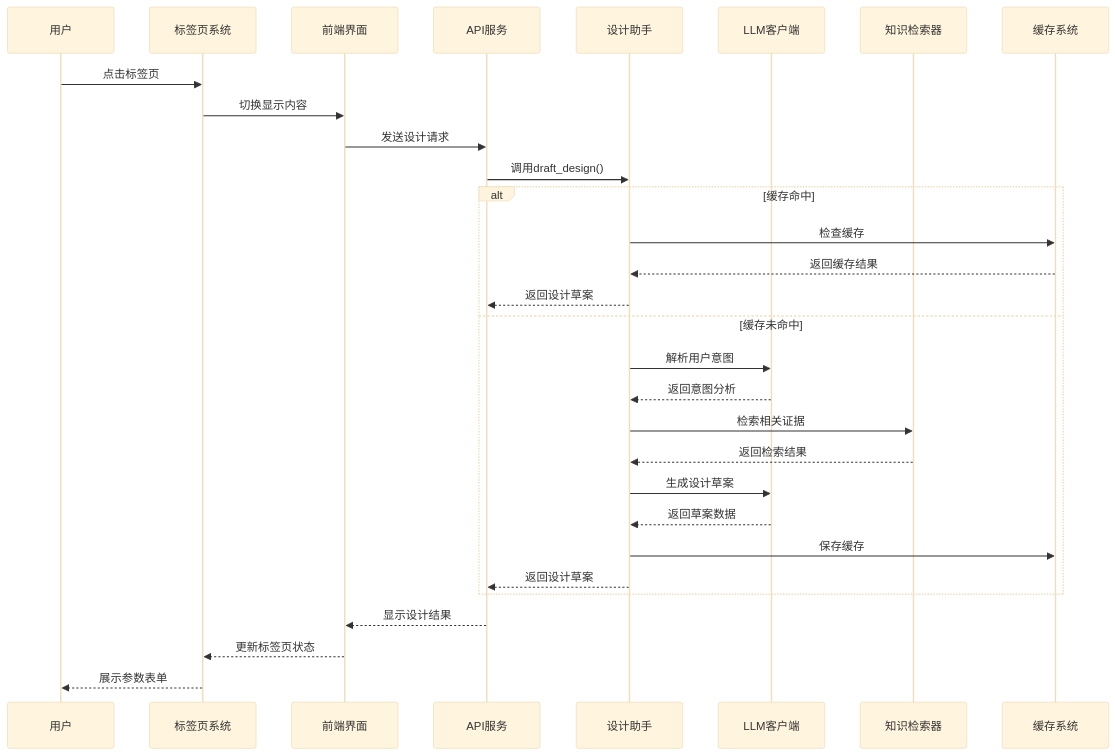
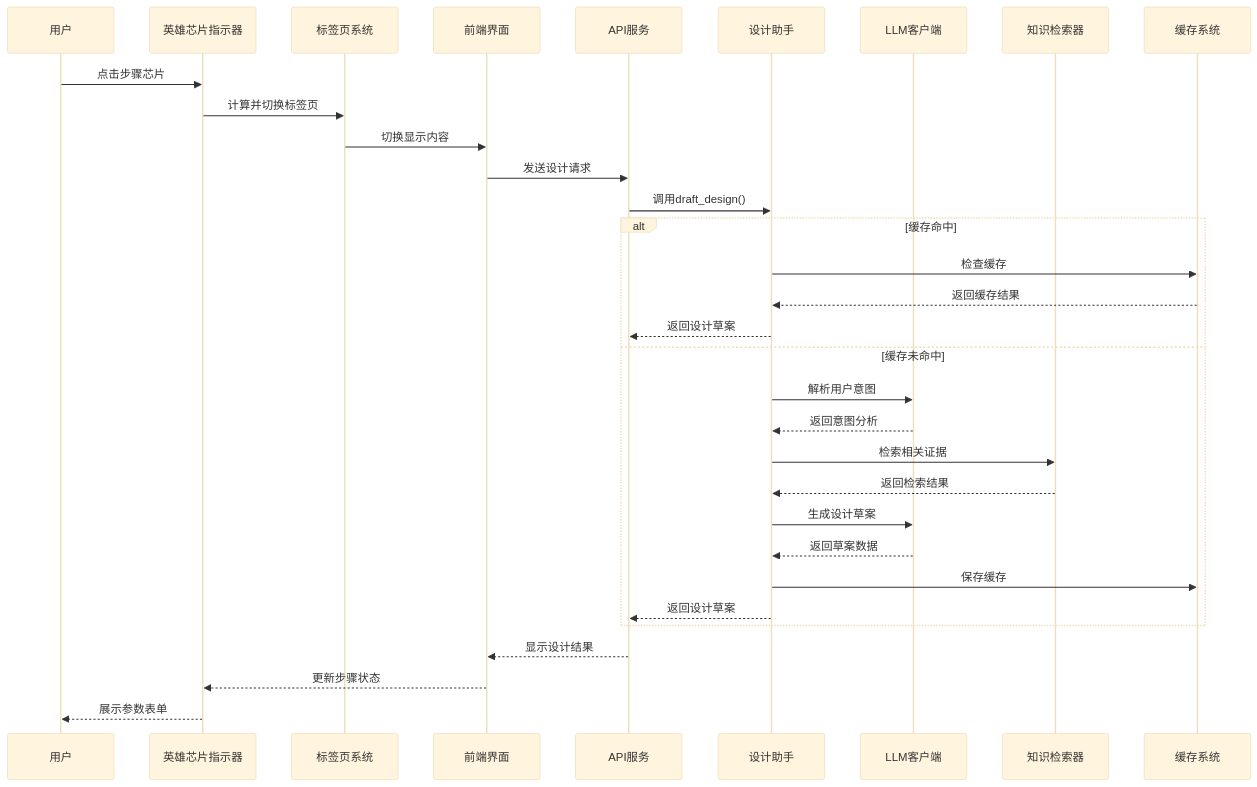
One commit to wsqstar/RoadGen3D changed the fourth of 9 diagrams in .qoder/repowiki/zh/content/Web界面系统/工作台界面/设计草案面板.md. Above: the diagram before and after it, drawn with Mermaid (base theme). The commit also changed other lines of this file and 13 other files, not shown here.

````diff
--- a/.qoder/repowiki/zh/content/Web界面系统/工作台界面/设计草案面板.md
+++ b/.qoder/repowiki/zh/content/Web界面系统/工作台界面/设计草案面板.md
@@ -221,32 +290,34 @@
 ```mermaid
 sequenceDiagram
 participant User as 用户
+participant HeroChips as 英雄芯片指示器
 participant Tabs as 标签页系统
 participant UI as 前端界面
 participant API as API服务
 participant Service as 设计助手
 participant LLM as LLM客户端
 participant RAG as 知识检索器
 participant Cache as 缓存系统
-User->>Tabs : 点击标签页
+User->>HeroChips : 点击步骤芯片
+HeroChips->>Tabs : 计算并切换标签页
 Tabs->>UI : 切换显示内容
 UI->>API : 发送设计请求
 API->>Service : 调用draft_design()
 alt 缓存命中
 Service->>Cache : 检查缓存
 Cache-->>Service : 返回缓存结果
 Service-->>API : 返回设计草案
 else 缓存未命中
 Service->>LLM : 解析用户意图
 LLM-->>Service : 返回意图分析
 Service->>RAG : 检索相关证据
 RAG-->>Service : 返回检索结果
 Service->>LLM : 生成设计草案
 LLM-->>Service : 返回草案数据
 Service->>Cache : 保存缓存
 Service-->>API : 返回设计草案
 end
 API-->>UI : 显示设计结果
-UI-->>Tabs : 更新标签页状态
-Tabs-->>User : 展示参数表单
+UI-->>HeroChips : 更新步骤状态
+HeroChips-->>User : 展示参数表单
 ```
````
